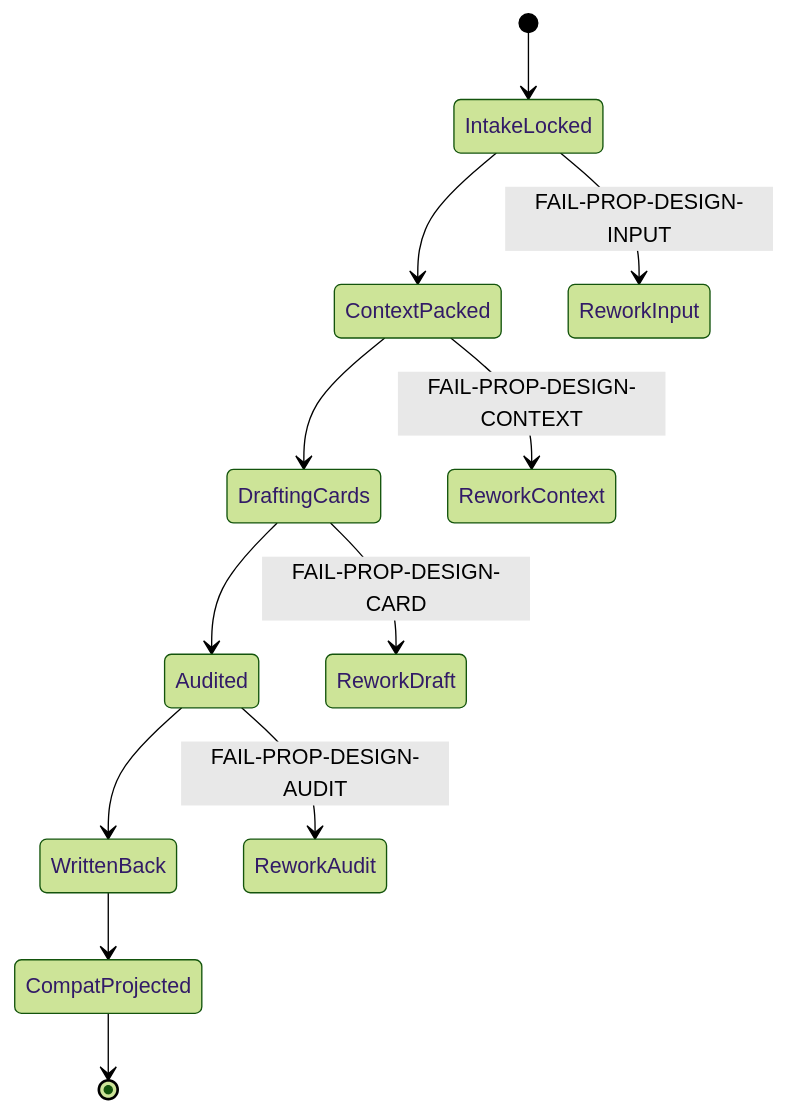
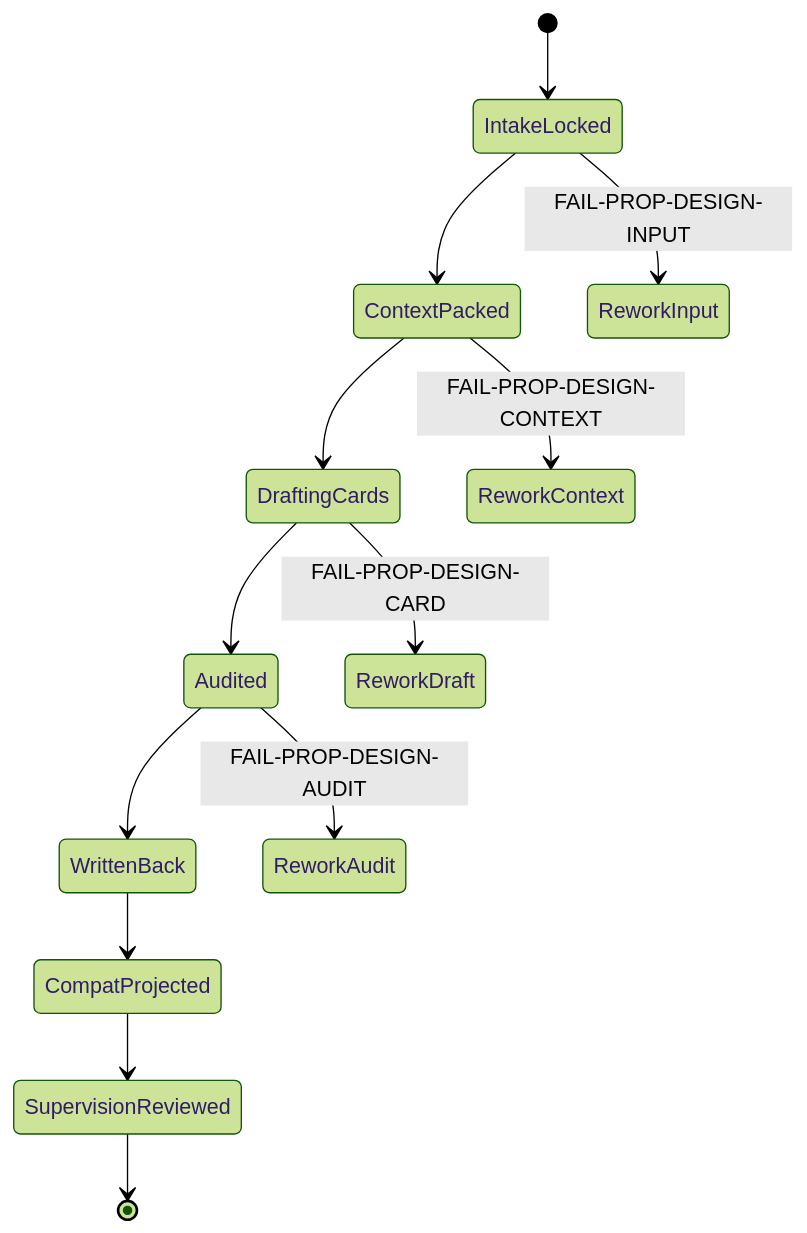
The third of 3 diagrams in .agents/skills/aigc/4-Design/2-设计/道具/SKILL.md (ZEN-VOID/AI-CUT), drawn with Mermaid (forest theme) before and after one commit. The commit also changed other lines of this file and 165 other files, not shown here.

````diff
--- a/.agents/skills/aigc/4-Design/2-设计/道具/SKILL.md
+++ b/.agents/skills/aigc/4-Design/2-设计/道具/SKILL.md
@@ -121,14 +126,15 @@
 ```mermaid
 stateDiagram-v2
     [*] --> IntakeLocked
     IntakeLocked --> ContextPacked
     ContextPacked --> DraftingCards
     DraftingCards --> Audited
     Audited --> WrittenBack
     WrittenBack --> CompatProjected
-    CompatProjected --> [*]
+    CompatProjected --> SupervisionReviewed
+    SupervisionReviewed --> [*]
     IntakeLocked --> ReworkInput: FAIL-PROP-DESIGN-INPUT
     ContextPacked --> ReworkContext: FAIL-PROP-DESIGN-CONTEXT
     DraftingCards --> ReworkDraft: FAIL-PROP-DESIGN-CARD
     Audited --> ReworkAudit: FAIL-PROP-DESIGN-AUDIT
 ```
````
